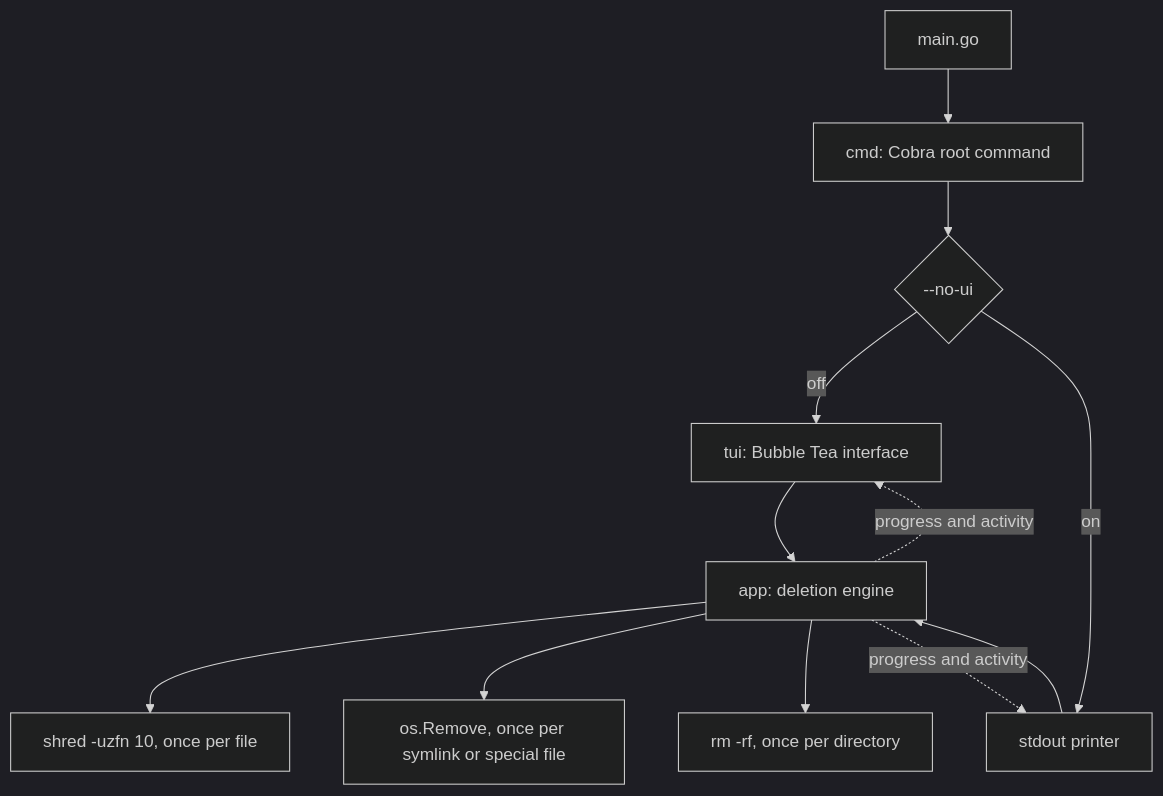
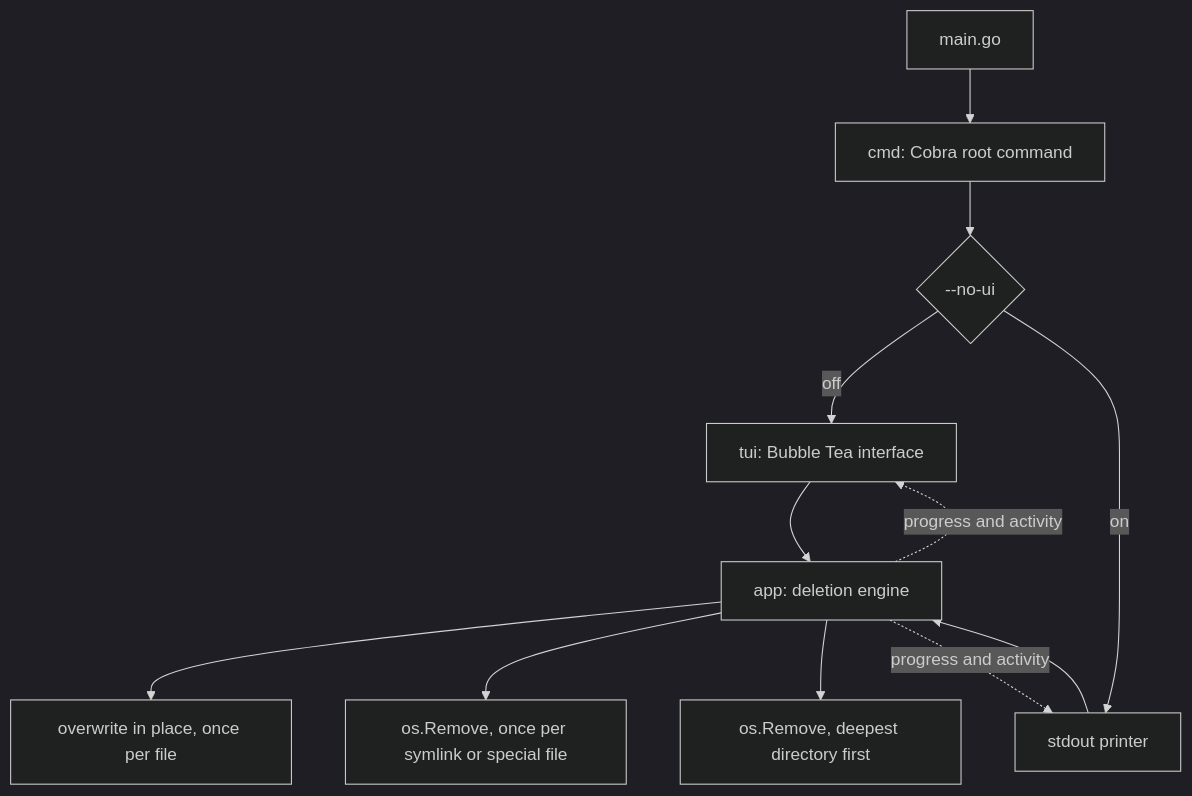
Before and after one commit to GF6599/blank: the diagram in README.md, drawn with Mermaid (dark theme). The commit also changed other lines of this file, not shown here.

````diff
--- a/README.md
+++ b/README.md
@@ -16,14 +16,14 @@
 ```mermaid
 graph TD
     A[main.go] --> B[cmd: Cobra root command]
     B --> C{--no-ui}
     C -->|off| D[tui: Bubble Tea interface]
     C -->|on| E[stdout printer]
     D --> F[app: deletion engine]
     E --> F
-    F --> G["shred -uzfn 10, once per file"]
+    F --> G["overwrite in place, once per file"]
     F --> I["os.Remove, once per symlink or special file"]
-    F --> H["rm -rf, once per directory"]
+    F --> H["os.Remove, deepest directory first"]
     F -. progress and activity .-> D
     F -. progress and activity .-> E
 ```
````
